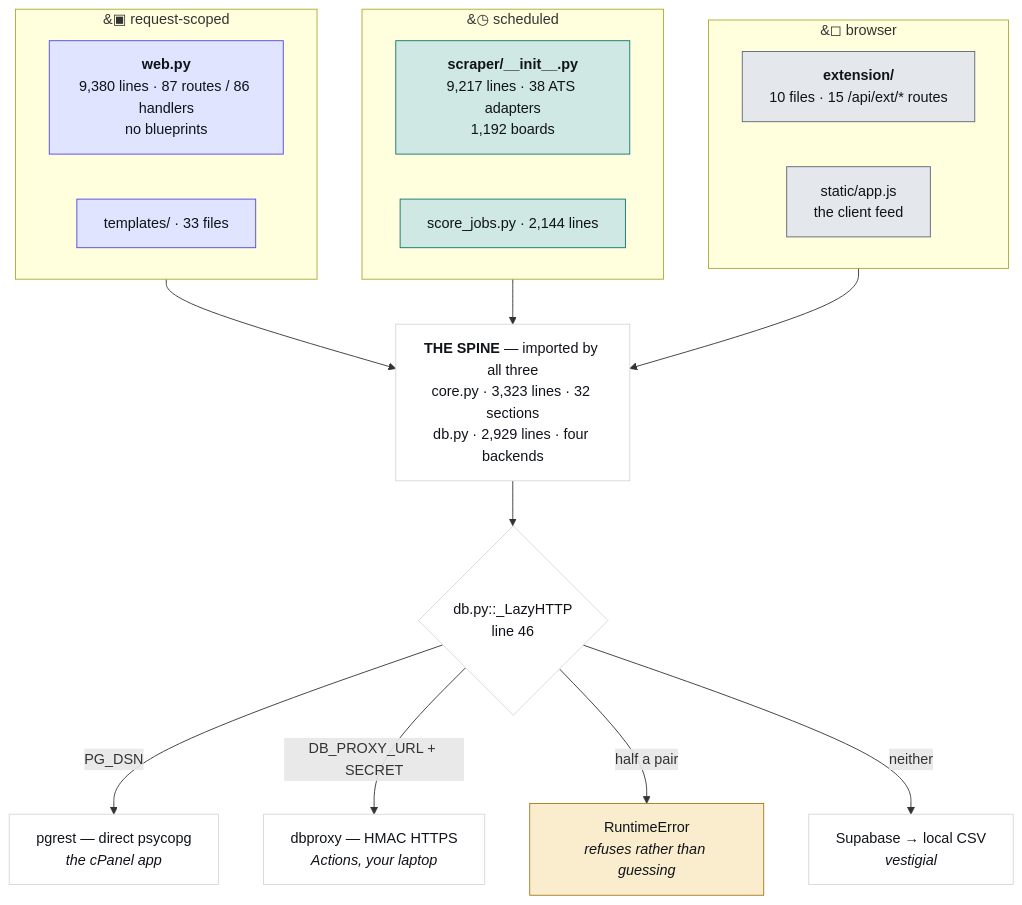
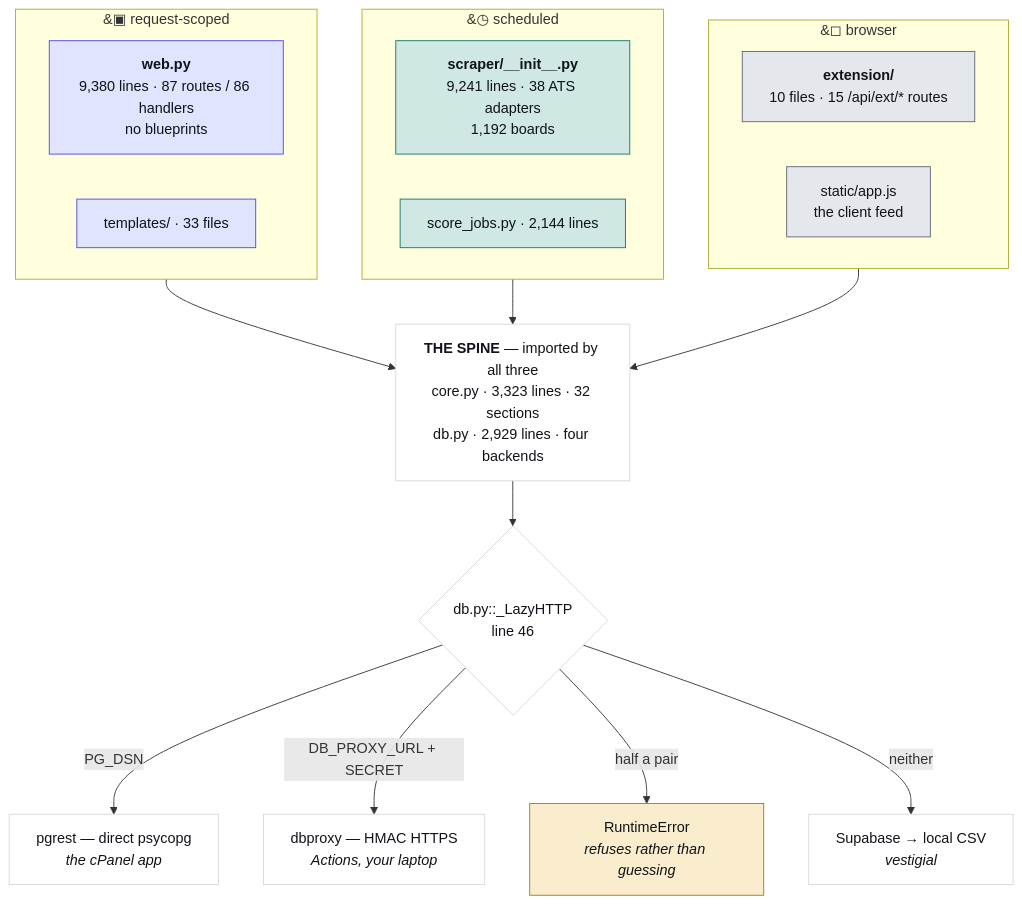
The first of 4 diagrams in JobMatch Scraper/docs/ARCHITECTURE.md (hadakunal909-debug/job-search-tool), drawn with Mermaid before and after one commit. The commit also changed other lines of this file and 7 other files, not shown here.

````diff
--- a/JobMatch Scraper/docs/ARCHITECTURE.md
+++ b/JobMatch Scraper/docs/ARCHITECTURE.md
@@ -45,34 +45,34 @@
 ```mermaid
 flowchart TB
   subgraph REQ["&#9635; request-scoped"]
     W["<b>web.py</b><br/>9,380 lines · 87 routes / 86 handlers<br/>no blueprints"]
     T["templates/ · 33 files"]
   end
   subgraph SCH["&#9719; scheduled"]
-    S["<b>scraper/__init__.py</b><br/>9,217 lines · 38 ATS adapters<br/>1,192 boards"]
+    S["<b>scraper/__init__.py</b><br/>9,241 lines · 38 ATS adapters<br/>1,192 boards"]
     J["score_jobs.py · 2,144 lines"]
   end
   subgraph CLI["&#9723; browser"]
     E["<b>extension/</b><br/>10 files · 15 /api/ext/* routes"]
     A["static/app.js<br/>the client feed"]
   end
   SPINE["<b>THE SPINE</b> — imported by all three<br/>core.py · 3,323 lines · 32 sections<br/>db.py · 2,929 lines · four backends"]
   REQ --> SPINE
   SCH --> SPINE
   CLI --> SPINE
   SPINE --> D{"db.py::_LazyHTTP<br/>line 46"}
   D -->|"PG_DSN"| P["pgrest — direct psycopg<br/><i>the cPanel app</i>"]
   D -->|"DB_PROXY_URL + SECRET"| X["dbproxy — HMAC HTTPS<br/><i>Actions, your laptop</i>"]
   D -->|"half a pair"| R["RuntimeError<br/><i>refuses rather than guessing</i>"]
   D -->|"neither"| V["Supabase → local CSV<br/><i>vestigial</i>"]
   classDef web fill:#e0e4fe,stroke:#4f46e5,color:#101319
   classDef sched fill:#cfe8e3,stroke:#0f766e,color:#101319
   classDef client fill:#e4e7ec,stroke:#5f6573,color:#101319
   classDef trap fill:#f9edcd,stroke:#a8781a,color:#101319
   classDef plain fill:#ffffff,stroke:#d3d7df,color:#101319
   class W,T web
   class S,J sched
   class E,A client
   class R trap
   class SPINE,D,P,X,V plain
 ```
````
